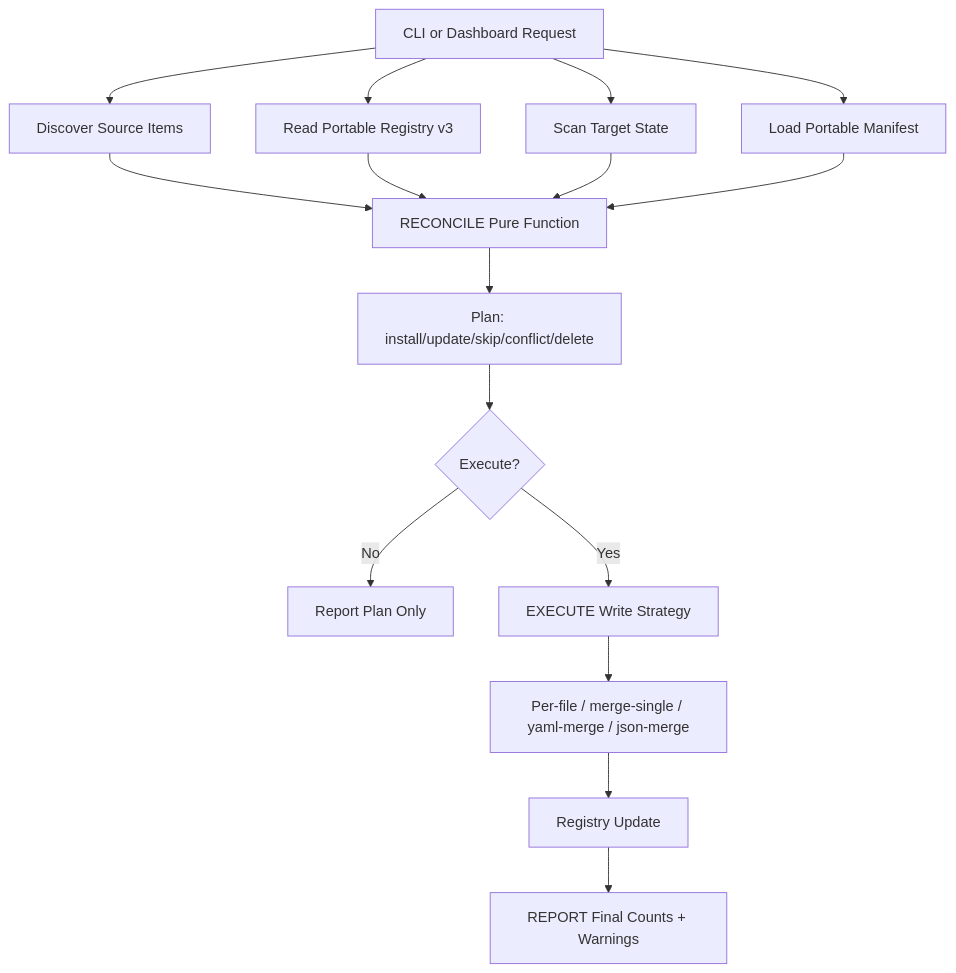
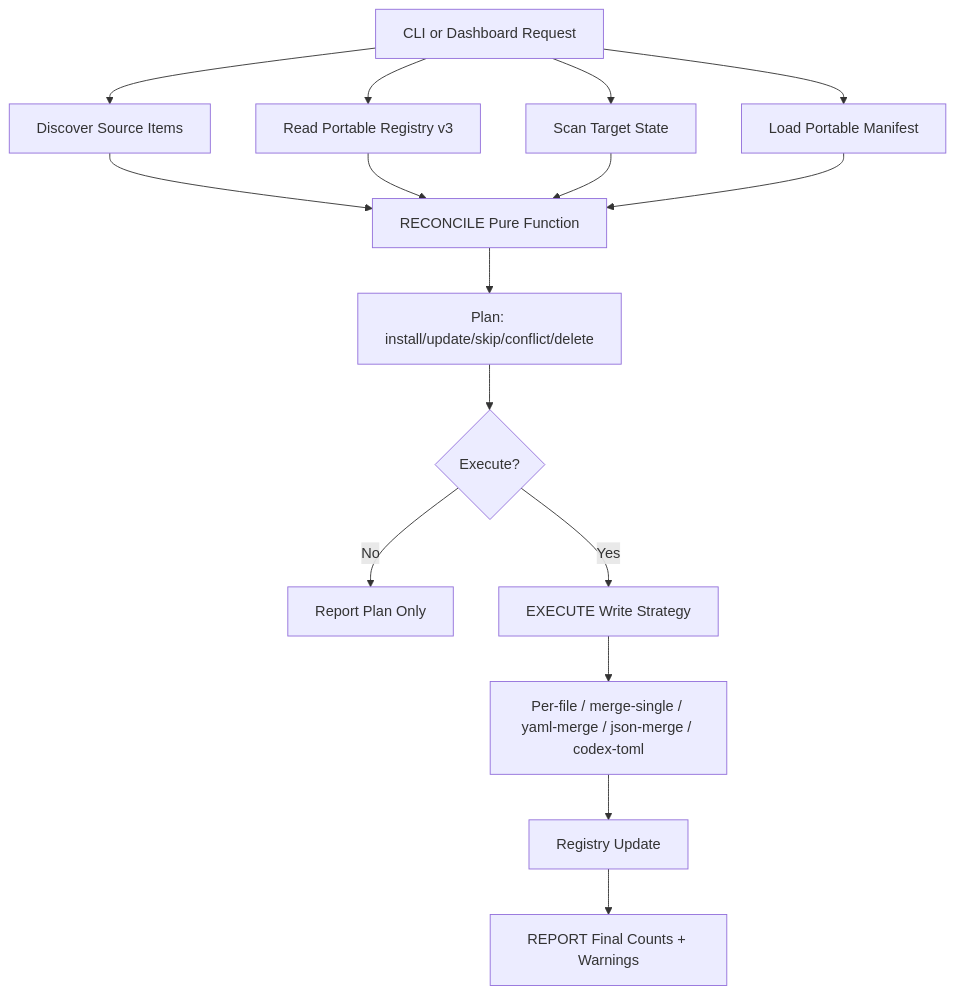
The diagram in docs/reconciliation-architecture.md (mrgoonie/claudekit-cli), drawn with Mermaid before and after one commit. The commit also changed other lines of this file and 4 other files, not shown here.

````diff
--- a/docs/reconciliation-architecture.md
+++ b/docs/reconciliation-architecture.md
@@ -15,21 +15,21 @@
 ```mermaid
 flowchart TD
     A[CLI or Dashboard Request] --> B[Discover Source Items]
     A --> C[Read Portable Registry v3]
     A --> D[Scan Target State]
     A --> E[Load Portable Manifest]
 
     B --> F[RECONCILE Pure Function]
     C --> F
     D --> F
     E --> F
 
     F --> G[Plan: install/update/skip/conflict/delete]
     G --> H{Execute?}
     H -- No --> I[Report Plan Only]
     H -- Yes --> J[EXECUTE Write Strategy]
 
-    J --> K[Per-file / merge-single / yaml-merge / json-merge]
+    J --> K[Per-file / merge-single / yaml-merge / json-merge / codex-toml]
     K --> L[Registry Update]
     L --> M[REPORT Final Counts + Warnings]
 ```
````
